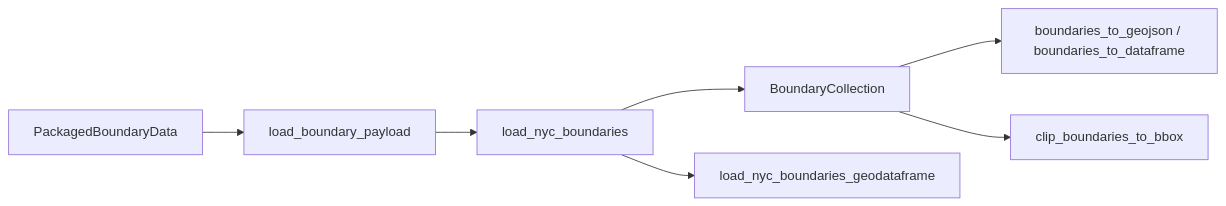
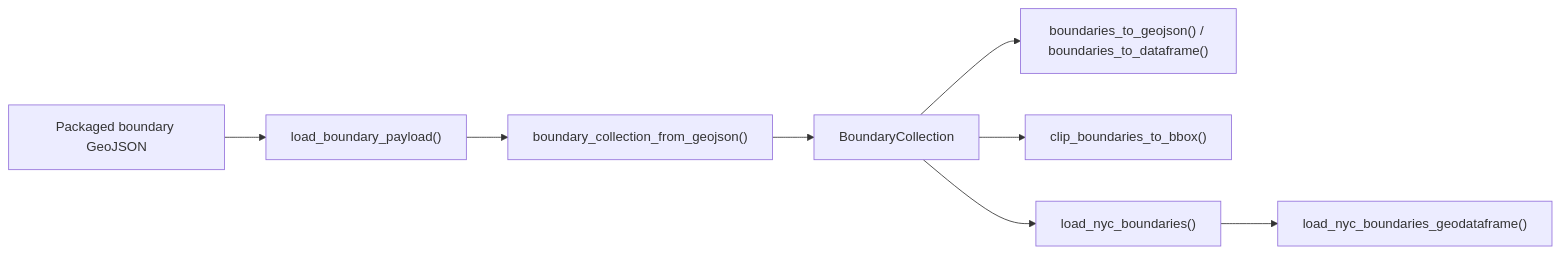
The first of 2 diagrams in docs/architecture.md (random-walks/nyc-geo-toolkit), drawn with Mermaid before and after one commit. The commit also changed other lines of this file and 7 other files, not shown here.

````diff
--- a/docs/architecture.md
+++ b/docs/architecture.md
@@ -7,9 +17,10 @@
 ```mermaid
 flowchart LR
-    packagedData[PackagedBoundaryData] --> resources[load_boundary_payload]
-    resources --> loaders[load_nyc_boundaries]
-    loaders --> models[BoundaryCollection]
-    models --> conversions[boundaries_to_geojson / boundaries_to_dataframe]
-    models --> clipping[clip_boundaries_to_bbox]
-    loaders --> spatialHelpers[load_nyc_boundaries_geodataframe]
+    packagedData["Packaged boundary GeoJSON"] --> resources["load_boundary_payload()"]
+    resources --> parsing["boundary_collection_from_geojson()"]
+    parsing --> models["BoundaryCollection"]
+    models --> conversion["boundaries_to_geojson() / boundaries_to_dataframe()"]
+    models --> clipping["clip_boundaries_to_bbox()"]
+    models --> loading["load_nyc_boundaries()"]
+    loading --> geodataframe["load_nyc_boundaries_geodataframe()"]
 ```
````
